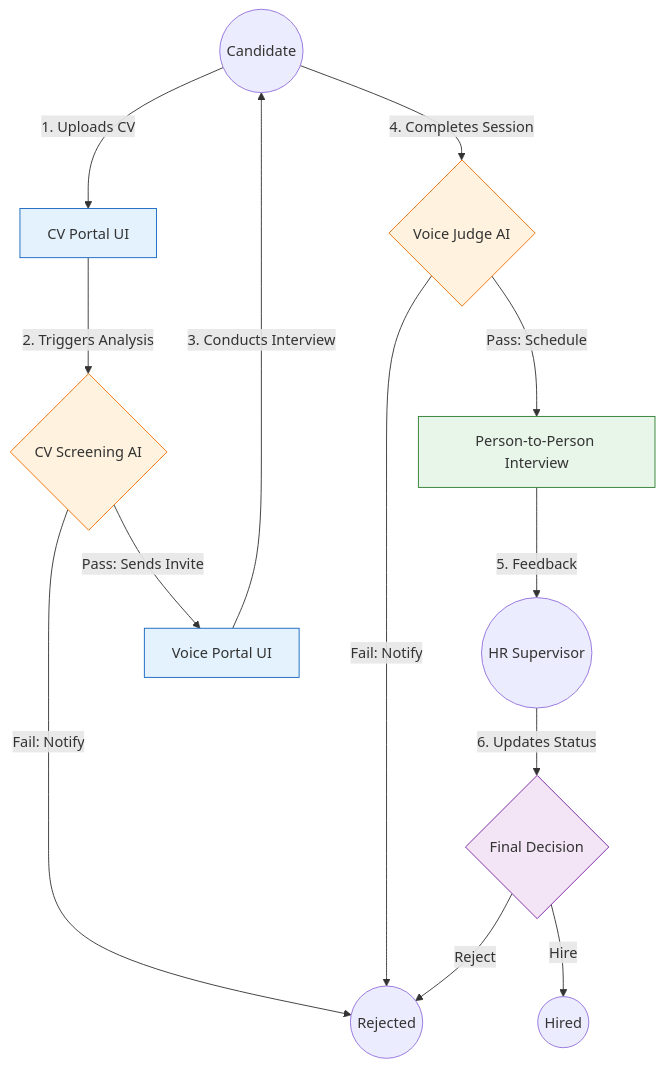
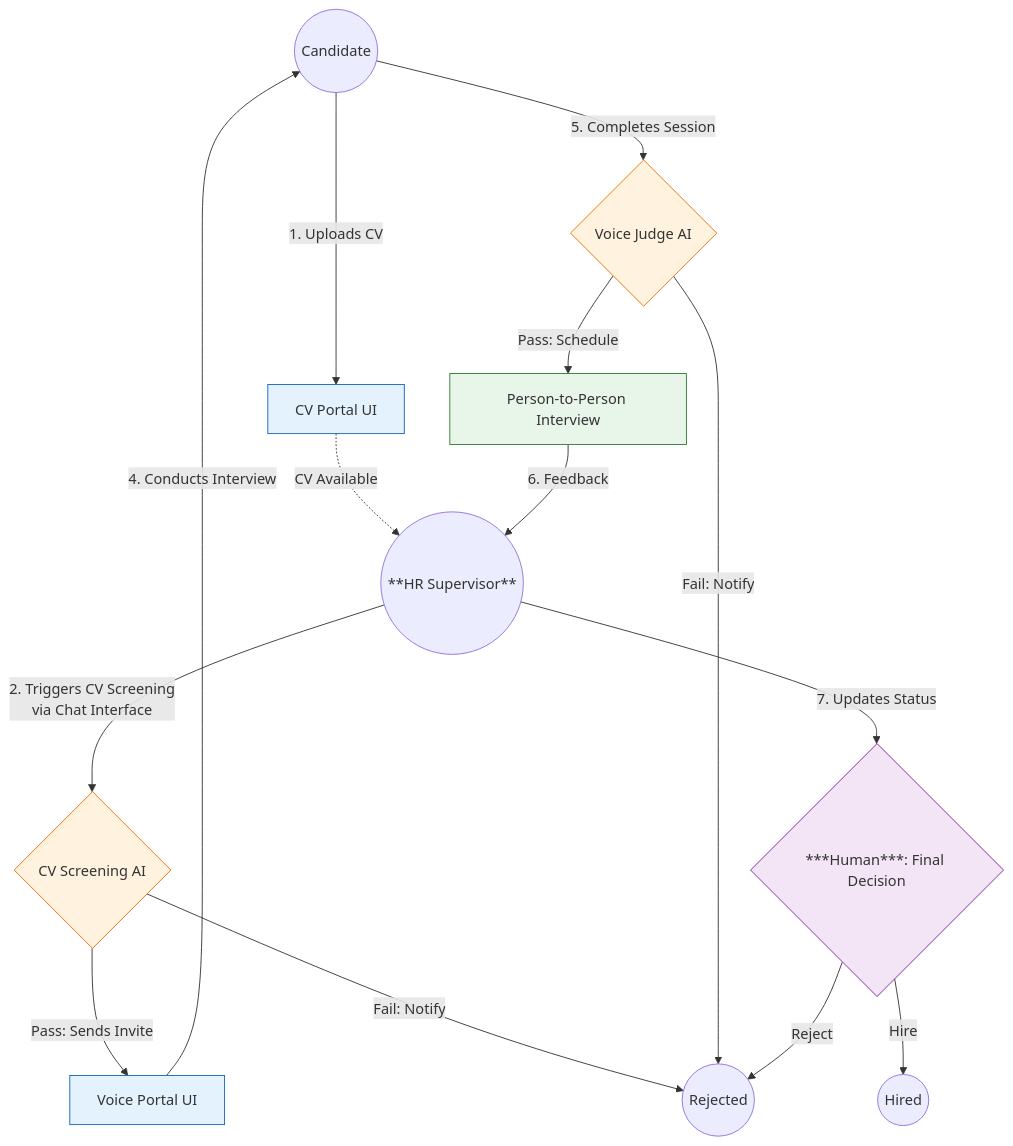
One commit to Ocean-code-1995/recruitment-agent changed the first of 5 diagrams in README.md. Above: the diagram before and after it, drawn with Mermaid. The commit also changed other lines of this file, not shown here.

Commit message:
application flow

````diff
--- a/README.md
+++ b/README.md
@@ -177,41 +179,42 @@
 ```mermaid
 graph TD
     %% Actors
     Candidate((Candidate))
-    HR((HR Supervisor))
+    HR((**HR Supervisor**))
 
     %% System Components (Nodes)
     CV_UI[CV Portal UI]
     CV_Screen{CV Screening AI}
     Voice_UI[Voice Portal UI]
     Voice_Judge{Voice Judge AI}
     Interview[Person-to-Person Interview]
-    Decision{Final Decision}
+    Decision{***Human***: Final Decision}
 
     %% Flow & Actions (Edges)
     Candidate -->|1. Uploads CV| CV_UI
-    CV_UI -->|2. Triggers Analysis| CV_Screen
+    HR -->|2. Triggers CV Screening<br/>via Chat Interface| CV_Screen
+    CV_UI -.->|CV Available| HR
     
     CV_Screen -->|Pass: Sends Invite| Voice_UI
     CV_Screen -->|Fail: Notify| Rejected((Rejected))
 
-    Voice_UI -->|3. Conducts Interview| Candidate
-    Candidate -->|4. Completes Session| Voice_Judge
+    Voice_UI -->|4. Conducts Interview| Candidate
+    Candidate -->|5. Completes Session| Voice_Judge
     
     Voice_Judge -->|Pass: Schedule| Interview
     Voice_Judge -->|Fail: Notify| Rejected
 
-    Interview -->|5. Feedback| HR
-    HR -->|6. Updates Status| Decision
+    Interview -->|6. Feedback| HR
+    HR -->|7. Updates Status| Decision
     
     Decision -->|Hire| Hired((Hired))
     Decision -->|Reject| Rejected
 
     %% Styling
     style CV_UI fill:#e3f2fd,stroke:#1565c0
     style Voice_UI fill:#e3f2fd,stroke:#1565c0
     style CV_Screen fill:#fff3e0,stroke:#ef6c00
     style Voice_Judge fill:#fff3e0,stroke:#ef6c00
     style Interview fill:#e8f5e9,stroke:#2e7d32
     style Decision fill:#f3e5f5,stroke:#7b1fa2
 ```
````
